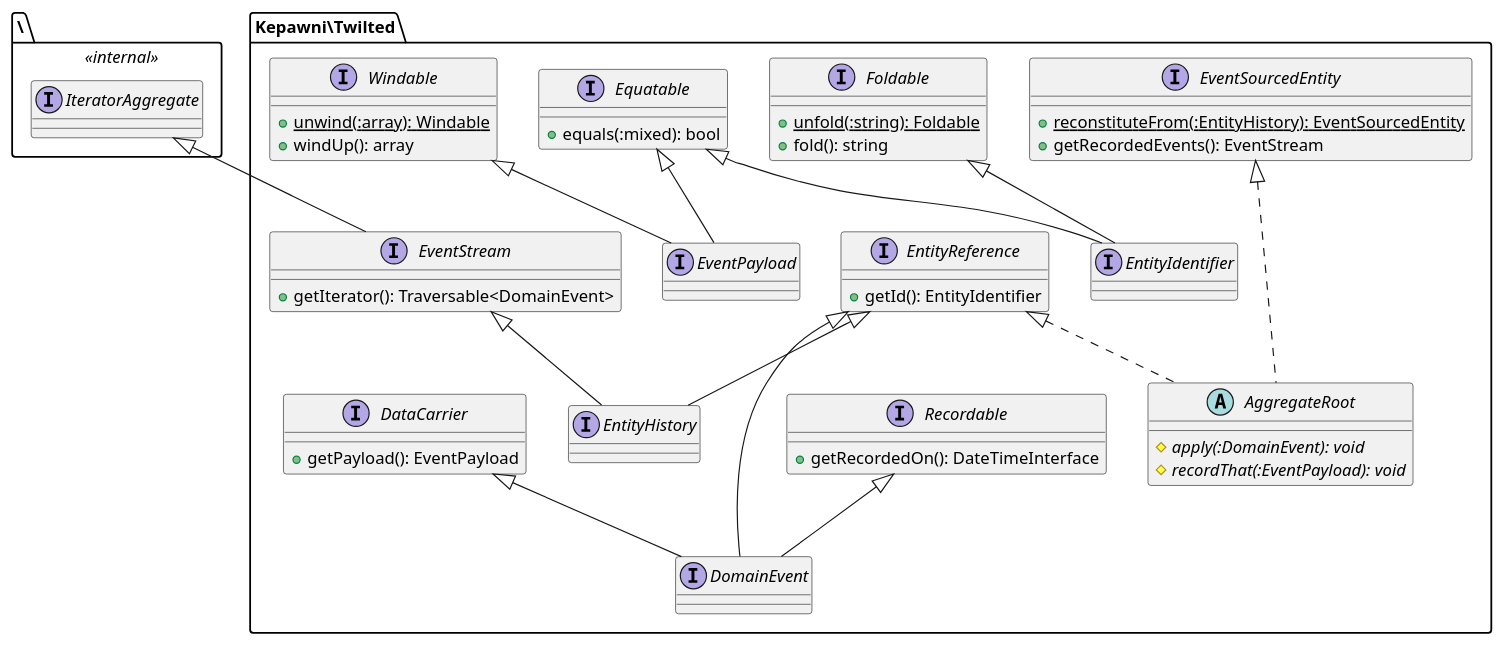
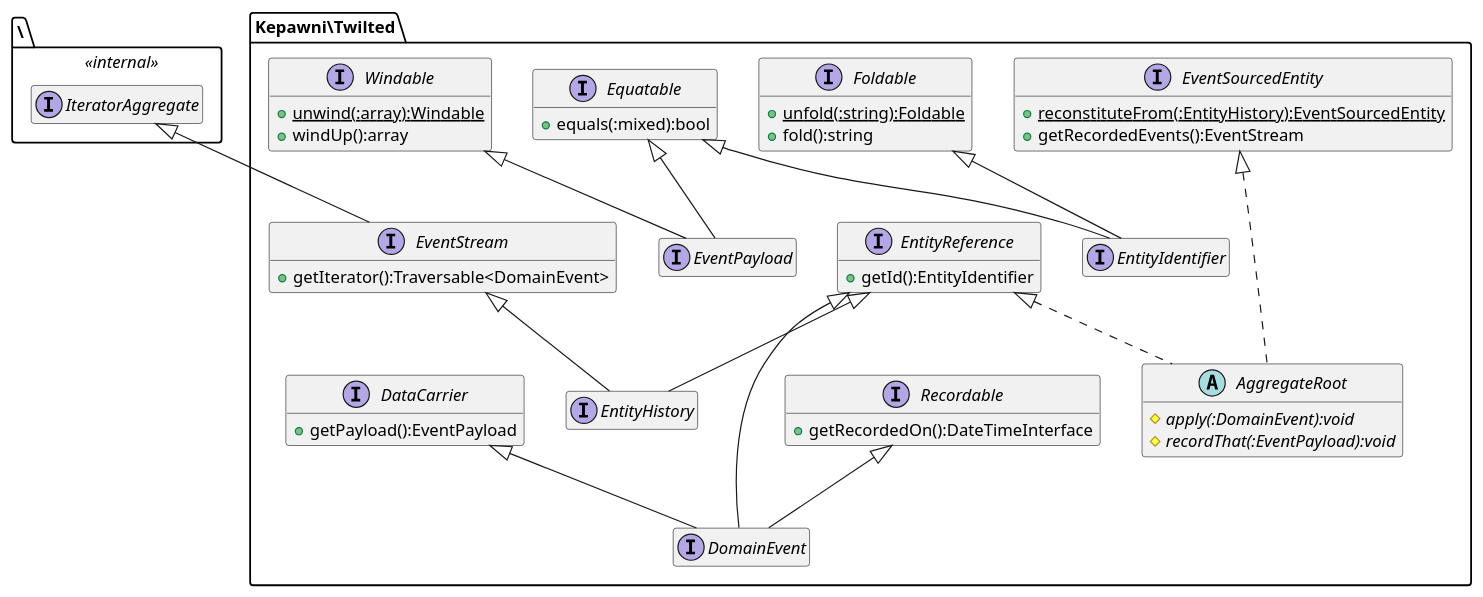
The diagram in doc/structure.puml (kepawni/twilted), drawn with PlantUML before and after one commit.

Commit message:
Reformat structure UML-CD

```diff
--- a/doc/structure.puml
+++ b/doc/structure.puml
@@ -1,54 +1,55 @@
 @startuml
+hide empty members
 package \ <<internal>> {
     interface IteratorAggregate
 }
 package Kepawni\Twilted {
     abstract AggregateRoot {
-        {abstract} #apply(:DomainEvent): void
-        {abstract} #recordThat(:EventPayload): void
+        {abstract} #apply(:DomainEvent):void
+        {abstract} #recordThat(:EventPayload):void
     }
     interface DataCarrier {
-        +getPayload(): EventPayload
+        +getPayload():EventPayload
     }
     interface DomainEvent
     interface EntityHistory
     interface EntityIdentifier
     interface EntityReference {
-        +getId(): EntityIdentifier
+        +getId():EntityIdentifier
     }
     interface Equatable {
-        +equals(:mixed): bool
+        +equals(:mixed):bool
     }
     interface EventPayload
     interface EventSourcedEntity {
-        {static} +reconstituteFrom(:EntityHistory): EventSourcedEntity
-        +getRecordedEvents(): EventStream
+        {static} +reconstituteFrom(:EntityHistory):EventSourcedEntity
+        +getRecordedEvents():EventStream
     }
     interface EventStream {
-        +getIterator(): Traversable<DomainEvent>
+        +getIterator():Traversable<DomainEvent>
     }
     interface Foldable {
-        {static} +unfold(:string): Foldable
-        +fold(): string
+        {static} +unfold(:string):Foldable
+        +fold():string
     }
     interface Recordable {
-        +getRecordedOn(): DateTimeInterface
+        +getRecordedOn():DateTimeInterface
     }
     interface Windable {
-        {static} +unwind(:array): Windable
-        +windUp(): array
+        {static} +unwind(:array):Windable
+        +windUp():array
     }
     EntityReference ^.. AggregateRoot
     EventSourcedEntity ^... AggregateRoot
     DataCarrier ^-- DomainEvent
     EntityReference ^--- DomainEvent
     Recordable ^-- DomainEvent
     EntityReference ^-- EntityHistory
     EventStream ^-- EntityHistory
     Equatable ^-- EntityIdentifier
     Foldable ^-- EntityIdentifier
     Equatable ^-- EventPayload
     Windable ^-- EventPayload
     IteratorAggregate ^-- EventStream
 }
 @enduml
```
